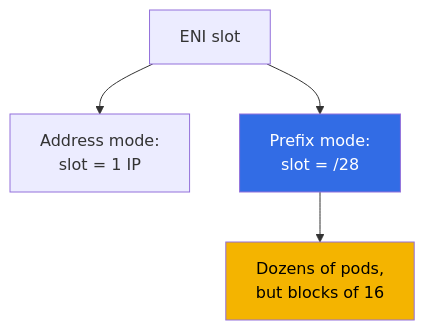
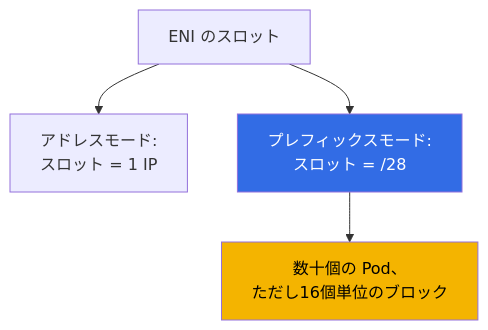
Before and after one commit to ViktorUJ/cks: the first of 2 diagrams in tasks/eks/course/07/jp.md, drawn with Mermaid. The commit also changed other lines of this file and 534 other files, not shown here.

````diff
--- a/tasks/eks/course/07/jp.md
+++ b/tasks/eks/course/07/jp.md
@@ -20,8 +20,8 @@
 ```mermaid
 flowchart TB
-    eni["ENI slot"] --> sec["Address mode:<br/>slot = 1 IP"]
-    eni --> pfx["Prefix mode:<br/>slot = /28"]
-    pfx --> pfxr["Dozens of pods,<br/>but blocks of 16"]
+    eni["ENI のスロット"] --> sec["アドレスモード:<br/>スロット = 1 IP"]
+    eni --> pfx["プレフィックスモード:<br/>スロット = /28"]
+    pfx --> pfxr["数十個の Pod、<br/>ただし16個単位のブロック"]
     style pfx fill:#326ce5,color:#fff
     style pfxr fill:#f4b400,color:#000
 ```
````
